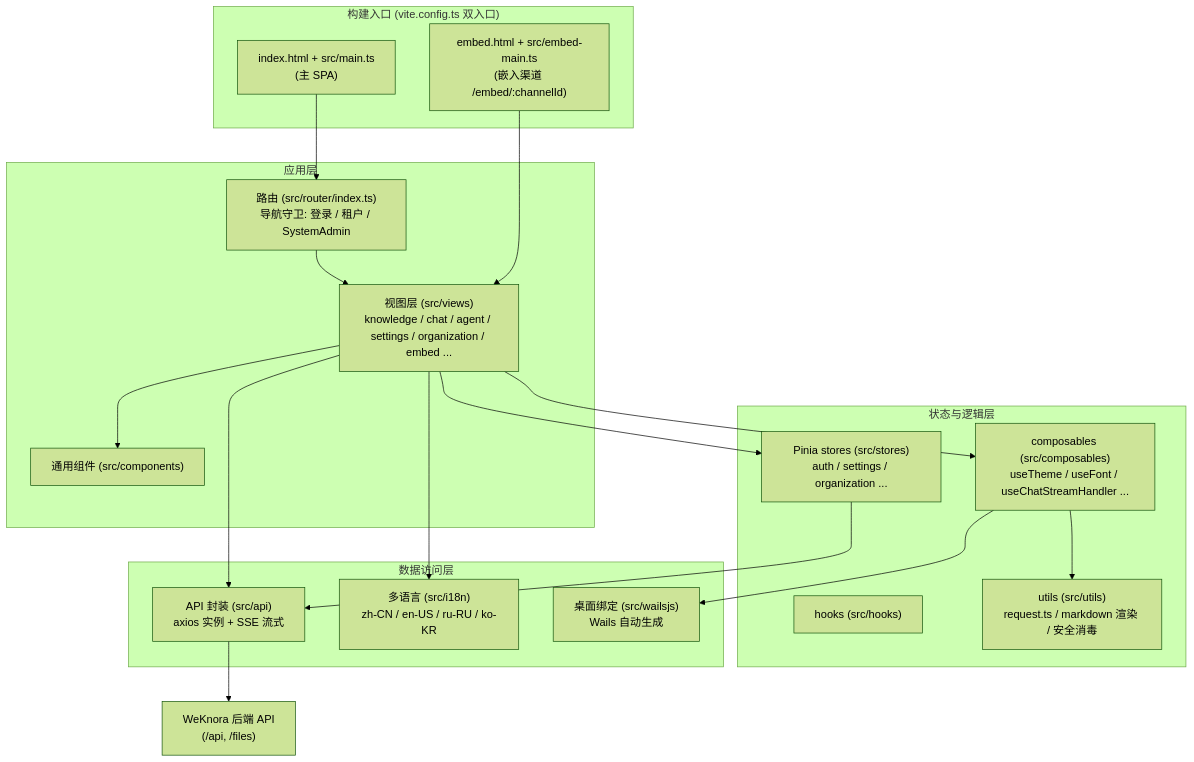
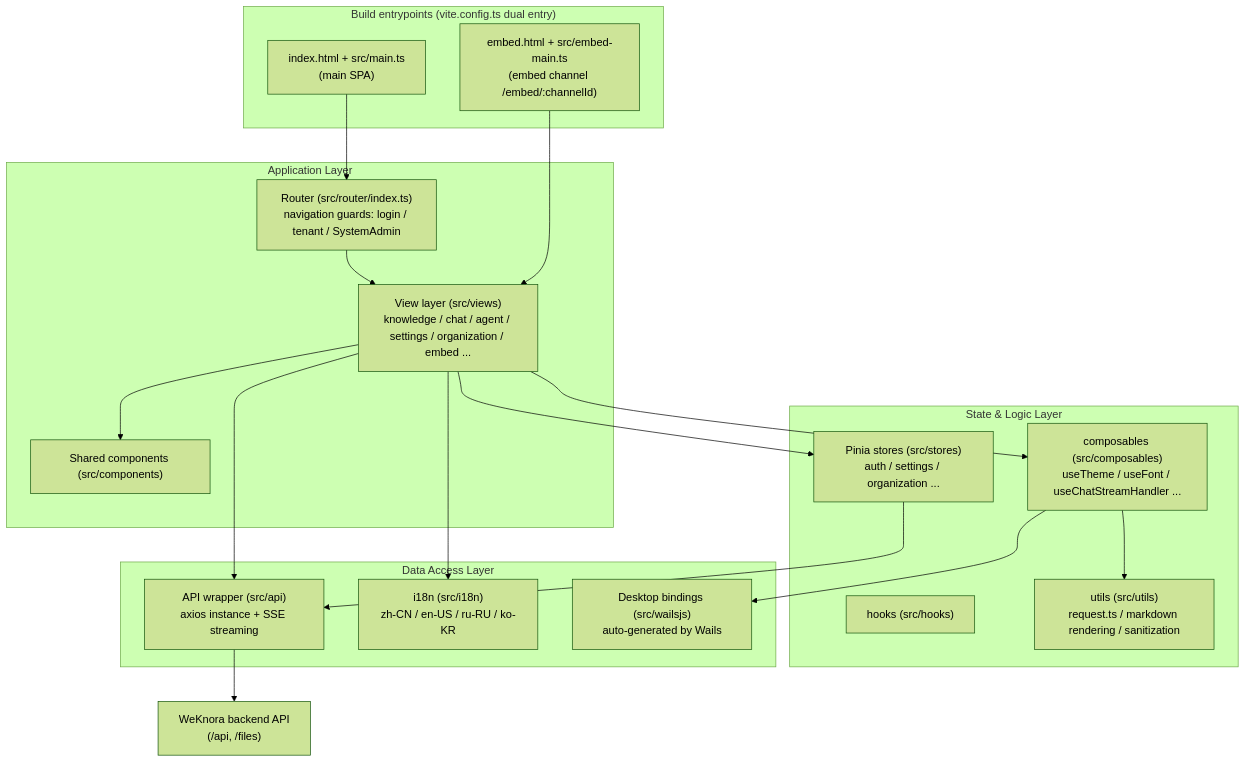
Before and after one commit to quantmind-br/WeKnora: the diagram in website-docs/05-clients/01-frontend.md, drawn with Mermaid (forest theme). The commit also changed 27 other files, not shown here.

First line of the commit message:
i18n: translate remaining docs diagrams, anchors, code samples and API examples

````diff
--- a/website-docs/05-clients/01-frontend.md
+++ b/website-docs/05-clients/01-frontend.md
@@ -41,40 +41,40 @@
 ```mermaid
 flowchart TB
-    subgraph entries["构建入口 (vite.config.ts 双入口)"]
-        MAIN["index.html + src/main.ts<br/>(主 SPA)"]
-        EMBED["embed.html + src/embed-main.ts<br/>(嵌入渠道 /embed/:channelId)"]
+    subgraph entries["Build entrypoints (vite.config.ts dual entry)"]
+        MAIN["index.html + src/main.ts<br/>(main SPA)"]
+        EMBED["embed.html + src/embed-main.ts<br/>(embed channel /embed/:channelId)"]
     end
 
-    subgraph app["应用层"]
-        ROUTER["路由 (src/router/index.ts)<br/>导航守卫: 登录 / 租户 / SystemAdmin"]
-        VIEWS["视图层 (src/views)<br/>knowledge / chat / agent / settings / organization / embed ..."]
-        COMP["通用组件 (src/components)"]
+    subgraph app["Application Layer"]
+        ROUTER["Router (src/router/index.ts)<br/>navigation guards: login / tenant / SystemAdmin"]
+        VIEWS["View layer (src/views)<br/>knowledge / chat / agent / settings / organization / embed ..."]
+        COMP["Shared components (src/components)"]
     end
 
-    subgraph state["状态与逻辑层"]
+    subgraph state["State & Logic Layer"]
         STORES["Pinia stores (src/stores)<br/>auth / settings / organization ..."]
         COMPOSABLES["composables (src/composables)<br/>useTheme / useFont / useChatStreamHandler ..."]
         HOOKS["hooks (src/hooks)"]
-        UTILS["utils (src/utils)<br/>request.ts / markdown 渲染 / 安全消毒"]
+        UTILS["utils (src/utils)<br/>request.ts / markdown rendering / sanitization"]
     end
 
-    subgraph io["数据访问层"]
-        API["API 封装 (src/api)<br/>axios 实例 + SSE 流式"]
-        I18N["多语言 (src/i18n)<br/>zh-CN / en-US / ru-RU / ko-KR"]
-        WAILS["桌面绑定 (src/wailsjs)<br/>Wails 自动生成"]
+    subgraph io["Data Access Layer"]
+        API["API wrapper (src/api)<br/>axios instance + SSE streaming"]
+        I18N["i18n (src/i18n)<br/>zh-CN / en-US / ru-RU / ko-KR"]
+        WAILS["Desktop bindings (src/wailsjs)<br/>auto-generated by Wails"]
     end
 
-    BACKEND["WeKnora 后端 API<br/>(/api, /files)"]
+    BACKEND["WeKnora backend API<br/>(/api, /files)"]
 
     MAIN --> ROUTER --> VIEWS
     EMBED --> VIEWS
     VIEWS --> COMP
     VIEWS --> STORES
     VIEWS --> COMPOSABLES
     COMPOSABLES --> UTILS
     STORES --> API
     VIEWS --> API
     API --> BACKEND
     VIEWS --> I18N
     COMPOSABLES --> WAILS
 ```
````
